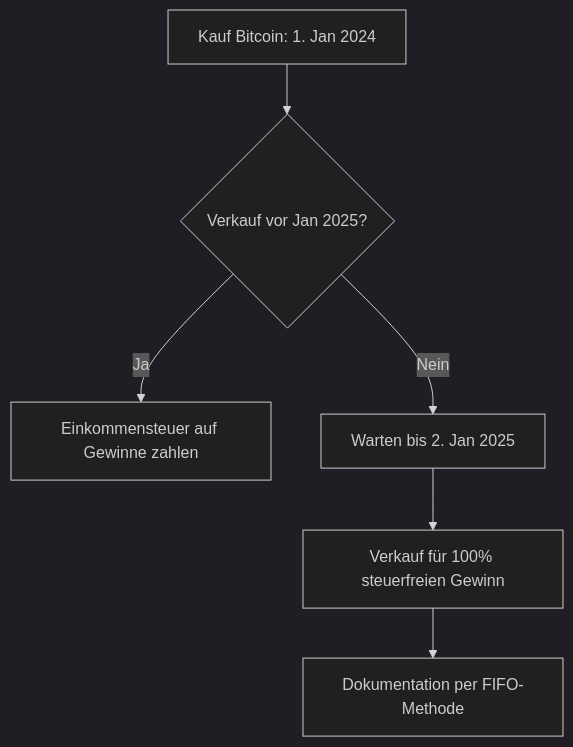
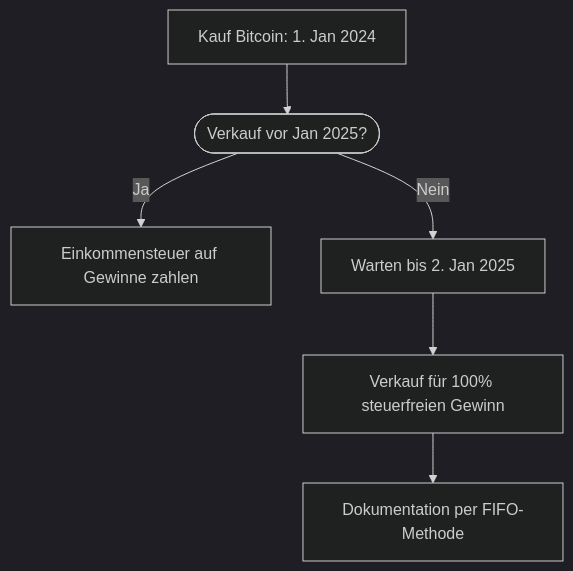
The diagram in src/content/blog/de/bitcoin-rechtliche-lage-deutschland.mdx (annabraun015-stack/krypto-watch), drawn with Mermaid (dark theme) before and after one commit. The commit also changed other lines of this file and 53 other files, not shown here.

```diff
--- a/src/content/blog/de/bitcoin-rechtliche-lage-deutschland.mdx
+++ b/src/content/blog/de/bitcoin-rechtliche-lage-deutschland.mdx
@@ -87,8 +87,8 @@
 <div class="mermaid">
 graph TD
-    A[Kauf Bitcoin: 1. Jan 2024] --> B{Verkauf vor Jan 2025?}
+    A[Kauf Bitcoin: 1. Jan 2024] --> B([Verkauf vor Jan 2025?])
     B -- Ja --> C[Einkommensteuer auf Gewinne zahlen]
     B -- Nein --> D[Warten bis 2. Jan 2025]
     D --> E[Verkauf für 100% steuerfreien Gewinn]
     E --> F[Dokumentation per FIFO-Methode]
 </div>
```
